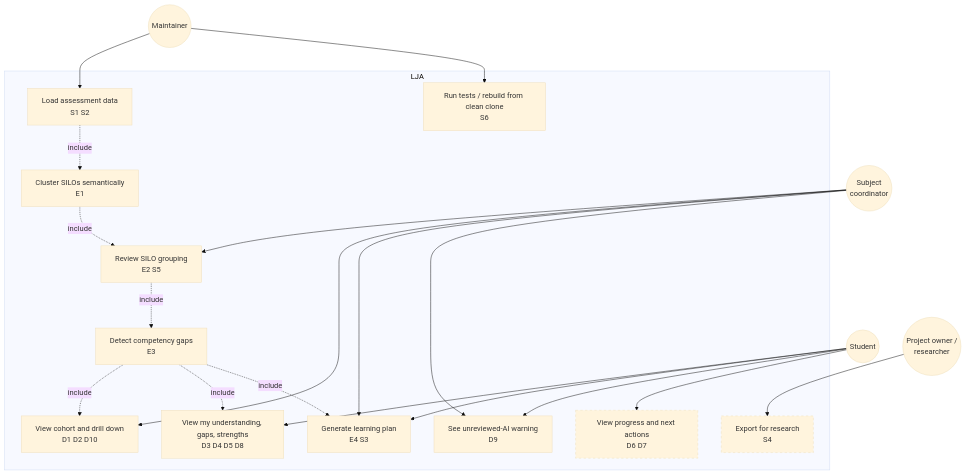
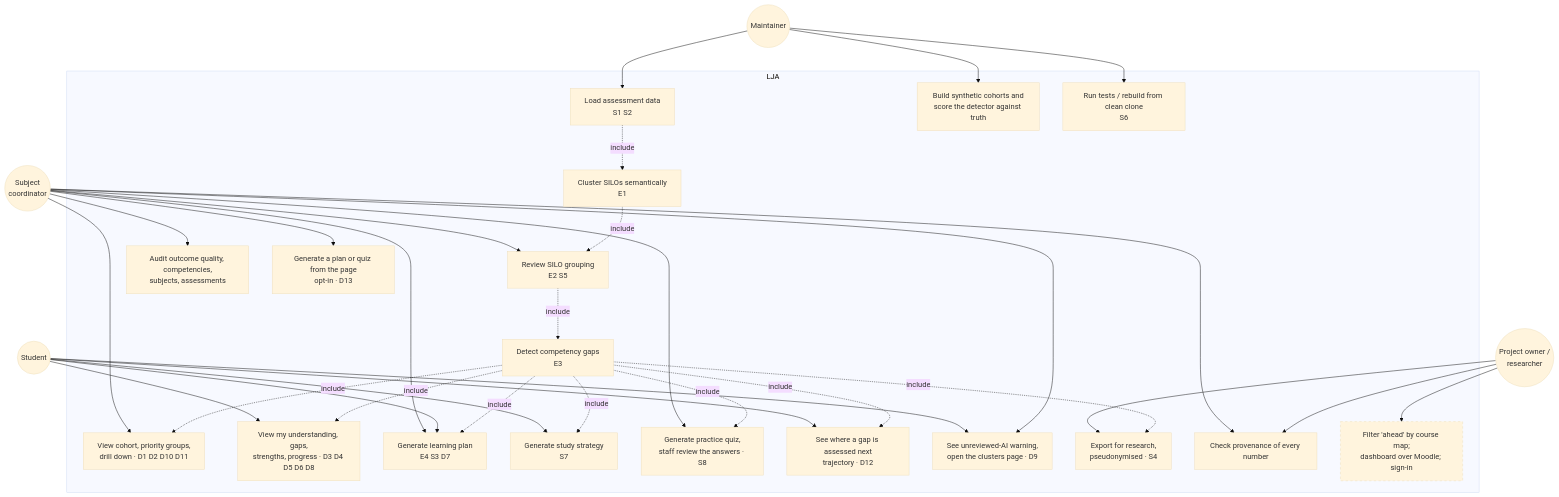
One commit to yetanotherpassword/LearningJourneyAssistant changed the diagram in docs/handover/diagrams/02-use-cases.mmd. Above: the diagram before and after it, drawn with Mermaid (base theme). The commit also changed 48 other files, not shown here.

```diff
--- a/docs/handover/diagrams/02-use-cases.mmd
+++ b/docs/handover/diagrams/02-use-cases.mmd
@@ -1,39 +1,58 @@
 flowchart TB
     SC((Subject<br/>coordinator))
     ST((Student))
     PO((Project owner /<br/>researcher))
     MT((Maintainer))
 
     subgraph LJA
         UC1[Load assessment data<br/>S1 S2]
         UC2[Cluster SILOs semantically<br/>E1]
         UC3[Review SILO grouping<br/>E2 S5]
         UC4[Detect competency gaps<br/>E3]
-        UC5[View cohort and drill down<br/>D1 D2 D10]
-        UC6[View my understanding, gaps, strengths<br/>D3 D4 D5 D8]
-        UC7[Generate learning plan<br/>E4 S3]
-        UC8[See unreviewed-AI warning<br/>D9]
-        UC9[Export for research<br/>S4]:::planned
-        UC10[View progress and next actions<br/>D6 D7]:::planned
+        UC5[View cohort, priority groups,<br/>drill down · D1 D2 D10 D11]
+        UC6[View my understanding, gaps,<br/>strengths, progress · D3 D4 D5 D6 D8]
+        UC7[Generate learning plan<br/>E4 S3 D7]
+        UC12[Generate study strategy<br/>S7]
+        UC13[Generate practice quiz,<br/>staff review the answers · S8]
+        UC14[See where a gap is assessed next<br/>trajectory · D12]
+        UC8[See unreviewed-AI warning,<br/>open the clusters page · D9]
+        UC15[Audit outcome quality, competencies,<br/>subjects, assessments]
+        UC9[Export for research,<br/>pseudonymised · S4]
+        UC16[Check provenance of every number]
+        UC17[Generate a plan or quiz from the page<br/>opt-in · D13]
+        UC18[Build synthetic cohorts and<br/>score the detector against truth]
         UC11[Run tests / rebuild from clean clone<br/>S6]
+        UC19[Filter 'ahead' by course map;<br/>dashboard over Moodle; sign-in]:::planned
     end
 
     MT --> UC1
     MT --> UC11
+    MT --> UC18
     SC --> UC3
     SC --> UC5
     SC --> UC7
+    SC --> UC13
+    SC --> UC15
+    SC --> UC16
+    SC --> UC17
     ST --> UC6
     ST --> UC7
+    ST --> UC12
+    ST --> UC14
     ST --> UC8
     SC --> UC8
     PO --> UC9
-    ST --> UC10
+    PO --> UC16
+    PO --> UC19
     UC1 -.include.-> UC2
     UC2 -.include.-> UC3
     UC3 -.include.-> UC4
     UC4 -.include.-> UC5
     UC4 -.include.-> UC6
     UC4 -.include.-> UC7
+    UC4 -.include.-> UC12
+    UC4 -.include.-> UC13
+    UC4 -.include.-> UC14
+    UC4 -.include.-> UC9
 
     classDef planned stroke-dasharray: 5 5
```
